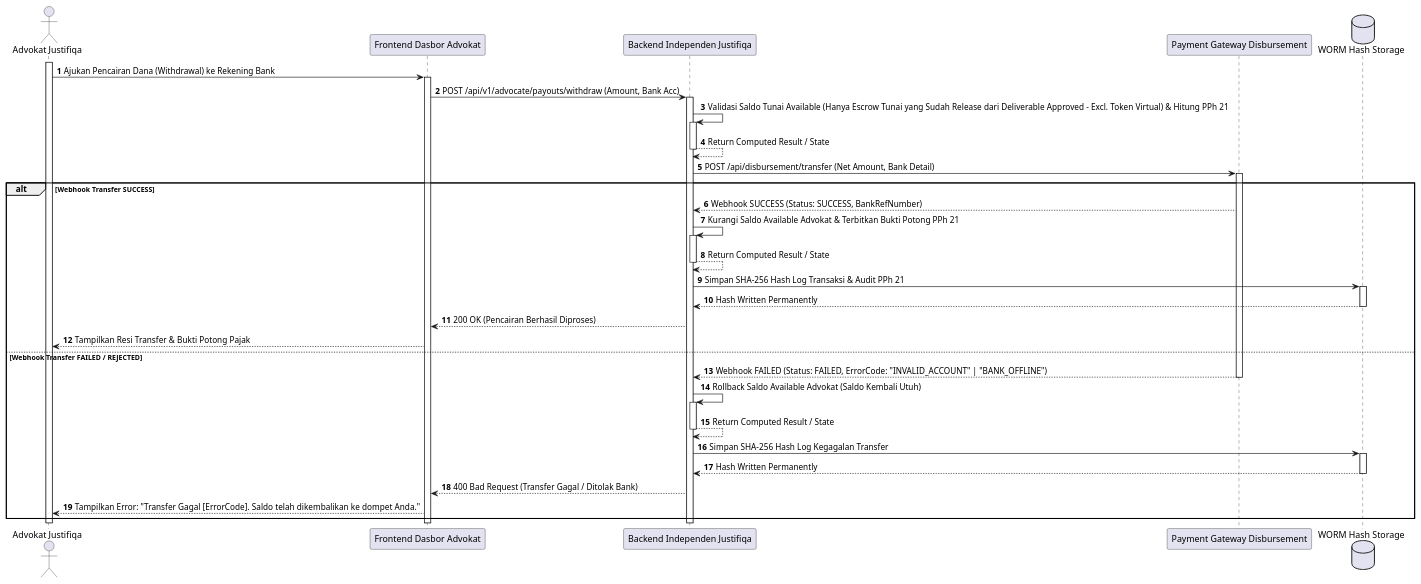
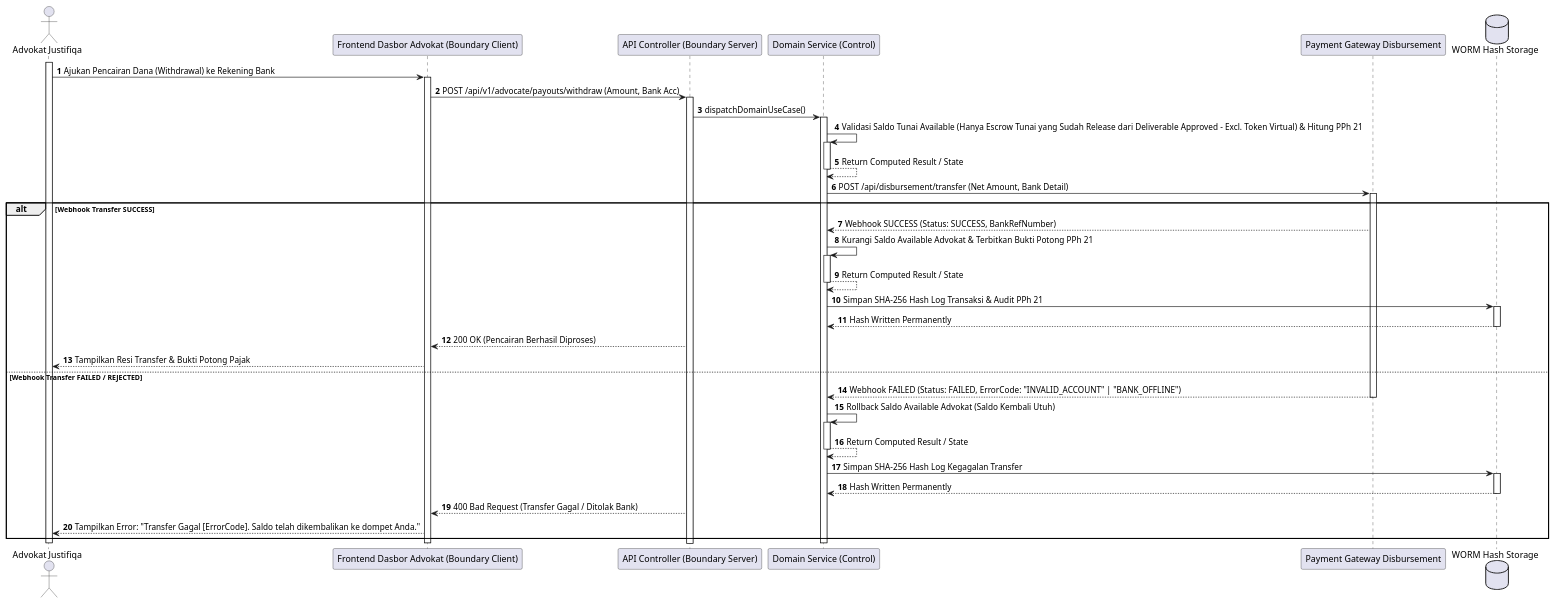
Before and after one commit to tupperwureism/SuperApp-Gagal: diagram 11 of 28 in MarkDown/plantuml_sequence_diagrams.md, drawn with PlantUML. The commit also changed other lines of this file and 1 other file, not shown here.

Commit message:
refactor(sequence-diagrams): upgrade all 28 Sequence Diagrams to Component-Level 5-Lifeline BCE Architecture

````diff
--- a/MarkDown/plantuml_sequence_diagrams.md
+++ b/MarkDown/plantuml_sequence_diagrams.md
@@ -973,39 +780,42 @@
 ```plantuml
 @startuml
 autonumber
 actor "Advokat Justifiqa" as Mitra
-participant "Frontend Dasbor Advokat" as FE
-participant "Backend Independen Justifiqa" as BE
+participant "Frontend Dasbor Advokat (Boundary Client)" as B_FE
+participant "API Controller (Boundary Server)" as B_BE
+participant "Domain Service (Control)" as C_Svc
+participant "Backend Independen Justifiqa" as C_Svc
 participant "Payment Gateway Disbursement" as PG
 database "WORM Hash Storage" as WORM
 
 activate Mitra
-Mitra -> FE ++ : Ajukan Pencairan Dana (Withdrawal) ke Rekening Bank
-FE -> BE ++ : POST /api/v1/advocate/payouts/withdraw (Amount, Bank Acc)
+Mitra -> B_FE ++ : Ajukan Pencairan Dana (Withdrawal) ke Rekening Bank
+B_FE -> B_BE ++ : POST /api/v1/advocate/payouts/withdraw (Amount, Bank Acc)
+    B_BE -> C_Svc ++ : dispatchDomainUseCase()
 
-BE -> BE ++ : Validasi Saldo Tunai Available (Hanya Escrow Tunai yang Sudah Release dari Deliverable Approved - Excl. Token Virtual) & Hitung PPh 21
-BE --> BE -- : Return Computed Result / State
-BE -> PG ++ : POST /api/disbursement/transfer (Net Amount, Bank Detail)
+C_Svc -> C_Svc ++ : Validasi Saldo Tunai Available (Hanya Escrow Tunai yang Sudah Release dari Deliverable Approved - Excl. Token Virtual) & Hitung PPh 21
+C_Svc --> C_Svc -- : Return Computed Result / State
+C_Svc -> PG ++ : POST /api/disbursement/transfer (Net Amount, Bank Detail)
 
 alt Webhook Transfer SUCCESS
-    PG --> BE : Webhook SUCCESS (Status: SUCCESS, BankRefNumber)
-    BE -> BE ++ : Kurangi Saldo Available Advokat & Terbitkan Bukti Potong PPh 21
-    BE --> BE -- : Return Computed Result / State
-    BE -> WORM ++ : Simpan SHA-256 Hash Log Transaksi & Audit PPh 21
-    WORM --> BE -- : Hash Written Permanently
-    BE --> FE : 200 OK (Pencairan Berhasil Diproses)
-    FE --> Mitra : Tampilkan Resi Transfer & Bukti Potong Pajak
+    PG --> C_Svc : Webhook SUCCESS (Status: SUCCESS, BankRefNumber)
+    C_Svc -> C_Svc ++ : Kurangi Saldo Available Advokat & Terbitkan Bukti Potong PPh 21
+    C_Svc --> C_Svc -- : Return Computed Result / State
+    C_Svc -> WORM ++ : Simpan SHA-256 Hash Log Transaksi & Audit PPh 21
+    WORM --> C_Svc -- : Hash Written Permanently
+    B_BE --> B_FE : 200 OK (Pencairan Berhasil Diproses)
+    B_FE --> Mitra : Tampilkan Resi Transfer & Bukti Potong Pajak
 else Webhook Transfer FAILED / REJECTED
-    PG --> BE -- : Webhook FAILED (Status: FAILED, ErrorCode: "INVALID_ACCOUNT" | "BANK_OFFLINE")
-    BE -> BE ++ : Rollback Saldo Available Advokat (Saldo Kembali Utuh)
-    BE --> BE -- : Return Computed Result / State
-    BE -> WORM ++ : Simpan SHA-256 Hash Log Kegagalan Transfer
-    WORM --> BE -- : Hash Written Permanently
-    BE --> FE : 400 Bad Request (Transfer Gagal / Ditolak Bank)
-    FE --> Mitra : Tampilkan Error: "Transfer Gagal [ErrorCode]. Saldo telah dikembalikan ke dompet Anda."
+    PG --> C_Svc -- : Webhook FAILED (Status: FAILED, ErrorCode: "INVALID_ACCOUNT" | "BANK_OFFLINE")
+    C_Svc -> C_Svc ++ : Rollback Saldo Available Advokat (Saldo Kembali Utuh)
+    C_Svc --> C_Svc -- : Return Computed Result / State
+    C_Svc -> WORM ++ : Simpan SHA-256 Hash Log Kegagalan Transfer
+    WORM --> C_Svc -- : Hash Written Permanently
+    B_BE --> B_FE : 400 Bad Request (Transfer Gagal / Ditolak Bank)
+    B_FE --> Mitra : Tampilkan Error: "Transfer Gagal [ErrorCode]. Saldo telah dikembalikan ke dompet Anda."
 end
-deactivate BE
-deactivate FE
+deactivate C_Svc
+deactivate B_FE
 deactivate Mitra
 @enduml
 ```
````
